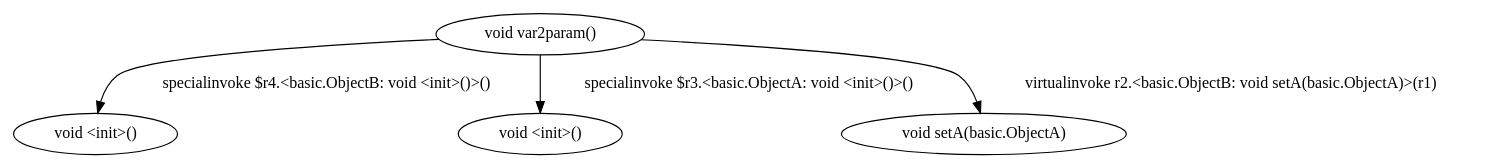
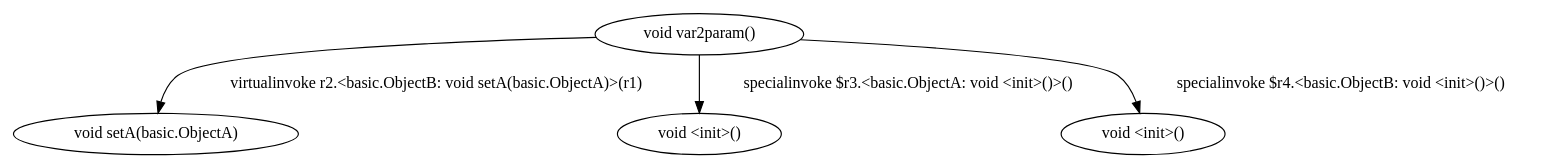
The diagram in dot/<assignment.BasicAssignment: void var2param()>.dot (SeanCoek/zString), drawn with Graphviz before and after one commit. The commit also changed other lines of this file and 351 other files, not shown here.

```diff
--- a/dot/<assignment.BasicAssignment: void var2param()>.dot
+++ b/dot/<assignment.BasicAssignment: void var2param()>.dot
@@ -1,9 +1,9 @@
 digraph g {
+0[label="void var2param()"]
+1[label="void setA(basic.ObjectA)"]
+3[label="void <init>()"]
 2[label="void <init>()"]
-3[label="void <init>()"]
-1[label="void setA(basic.ObjectA)"]
-0[label="void var2param()"]
 0->1[label="virtualinvoke r2.<basic.ObjectB: void setA(basic.ObjectA)>(r1)"]
 0->2[label="specialinvoke $r4.<basic.ObjectB: void <init>()>()"]
 0->3[label="specialinvoke $r3.<basic.ObjectA: void <init>()>()"]
 }
```
